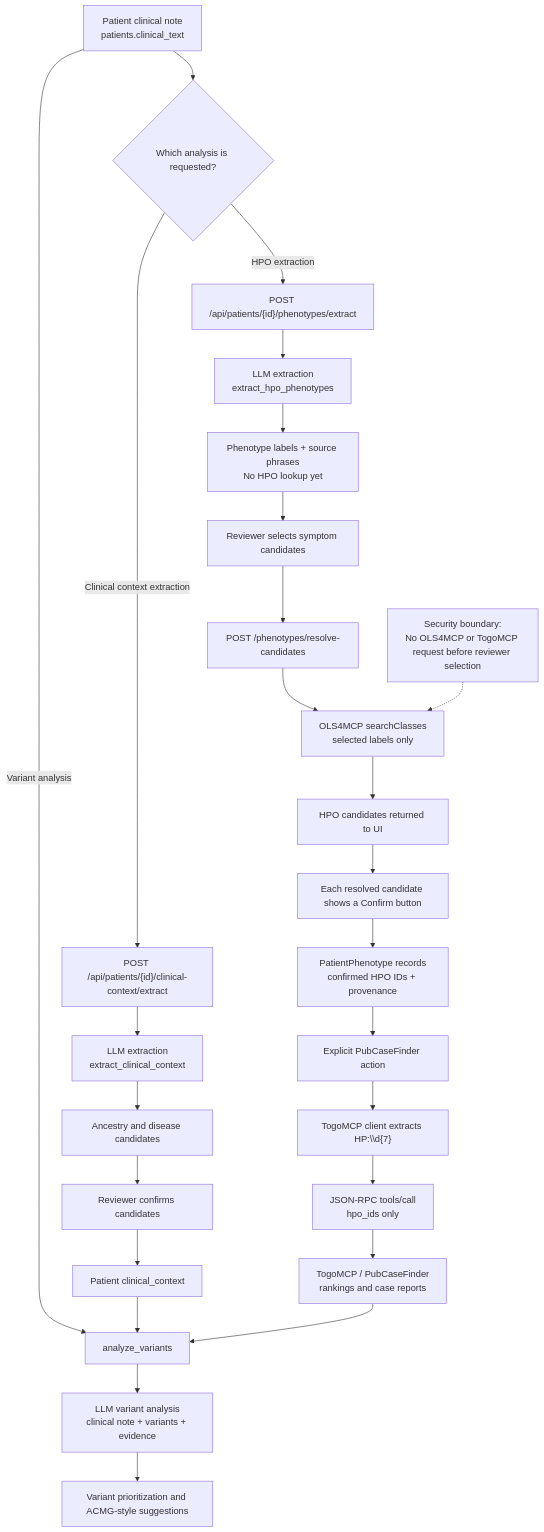
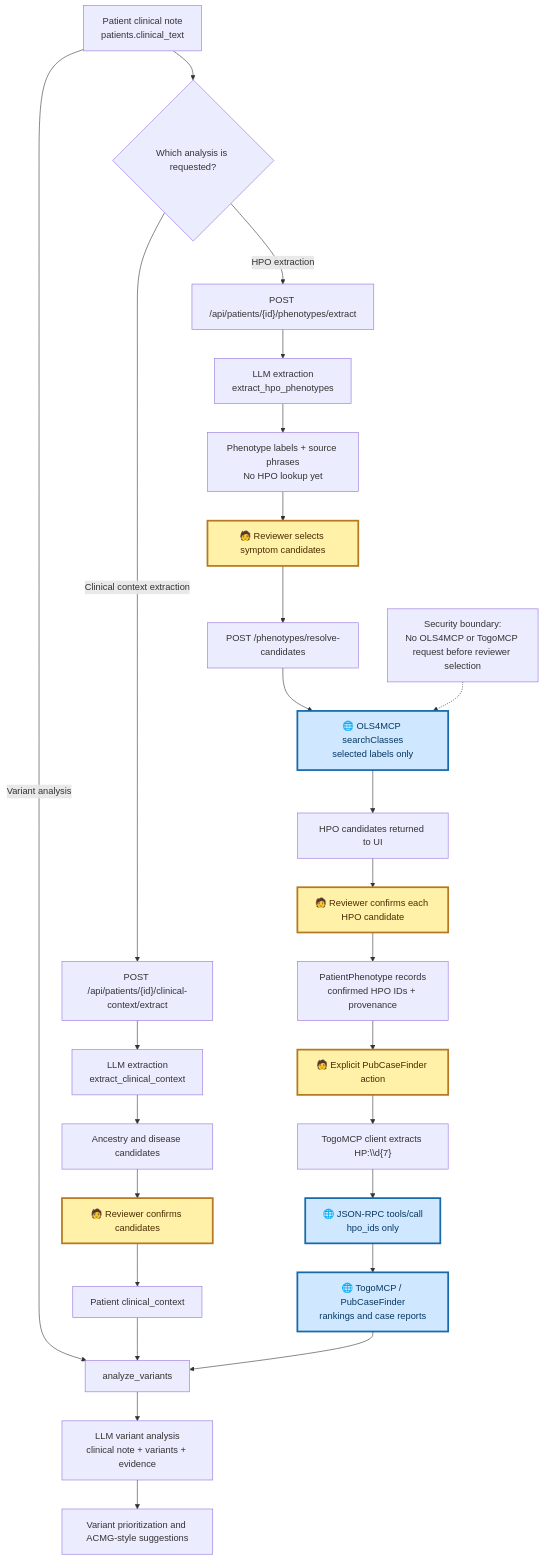
One commit to PubCaseFinder/expertboard changed the diagram in docs/clinical-note-analysis.md. Above: the diagram before and after it, drawn with Mermaid.

Commit message:
add note

````diff
--- a/docs/clinical-note-analysis.md
+++ b/docs/clinical-note-analysis.md
@@ -19,33 +19,38 @@
 ```mermaid
 flowchart TD
     A["Patient clinical note<br/>patients.clinical_text"] --> B{"Which analysis is requested?"}
 
     B -->|HPO extraction| C["POST /api/patients/{id}/phenotypes/extract"]
     C --> D["LLM extraction<br/>extract_hpo_phenotypes"]
     D --> P["Phenotype labels + source phrases<br/>No HPO lookup yet"]
-    P --> Q["Reviewer selects symptom candidates"]
+    P --> Q["🧑 Reviewer selects symptom candidates"]
     Q --> R["POST /phenotypes/resolve-candidates"]
-    R --> S["OLS4MCP searchClasses<br/>selected labels only"]
+    R --> S["🌐 OLS4MCP searchClasses<br/>selected labels only"]
     S --> T["HPO candidates returned to UI"]
-    T --> U["Each resolved candidate shows a Confirm button"]
+    T --> U["🧑 Reviewer confirms each HPO candidate"]
     U --> V["PatientPhenotype records<br/>confirmed HPO IDs + provenance"]
 
     B -->|Clinical context extraction| J["POST /api/patients/{id}/clinical-context/extract"]
     J --> K["LLM extraction<br/>extract_clinical_context"]
     K --> L["Ancestry and disease candidates"]
-    L --> M["Reviewer confirms candidates"]
+    L --> M["🧑 Reviewer confirms candidates"]
     M --> N["Patient clinical_context"]
 
-    V --> W["Explicit PubCaseFinder action"]
+    V --> W["🧑 Explicit PubCaseFinder action"]
     W --> X["TogoMCP client extracts HP:\\d{7}"]
-    X --> Y["JSON-RPC tools/call<br/>hpo_ids only"]
-    Y --> Z["TogoMCP / PubCaseFinder<br/>rankings and case reports"]
+    X --> Y["🌐 JSON-RPC tools/call<br/>hpo_ids only"]
+    Y --> Z["🌐 TogoMCP / PubCaseFinder<br/>rankings and case reports"]
 
     A -->|Variant analysis| AA["analyze_variants"]
     N --> AA
     Z --> AA
     AA --> AB["LLM variant analysis<br/>clinical note + variants + evidence"]
     AB --> AC["Variant prioritization and ACMG-style suggestions"]
 
     AD["Security boundary:<br/>No OLS4MCP or TogoMCP request before reviewer selection"] -.-> S
+
+    classDef human fill:#fff1a8,stroke:#b7791f,stroke-width:3px,color:#4a2c00;
+    classDef external fill:#cfe8ff,stroke:#1769aa,stroke-width:3px,color:#073763;
+    class Q,U,M,W human;
+    class S,Y,Z external;
 ```
````
